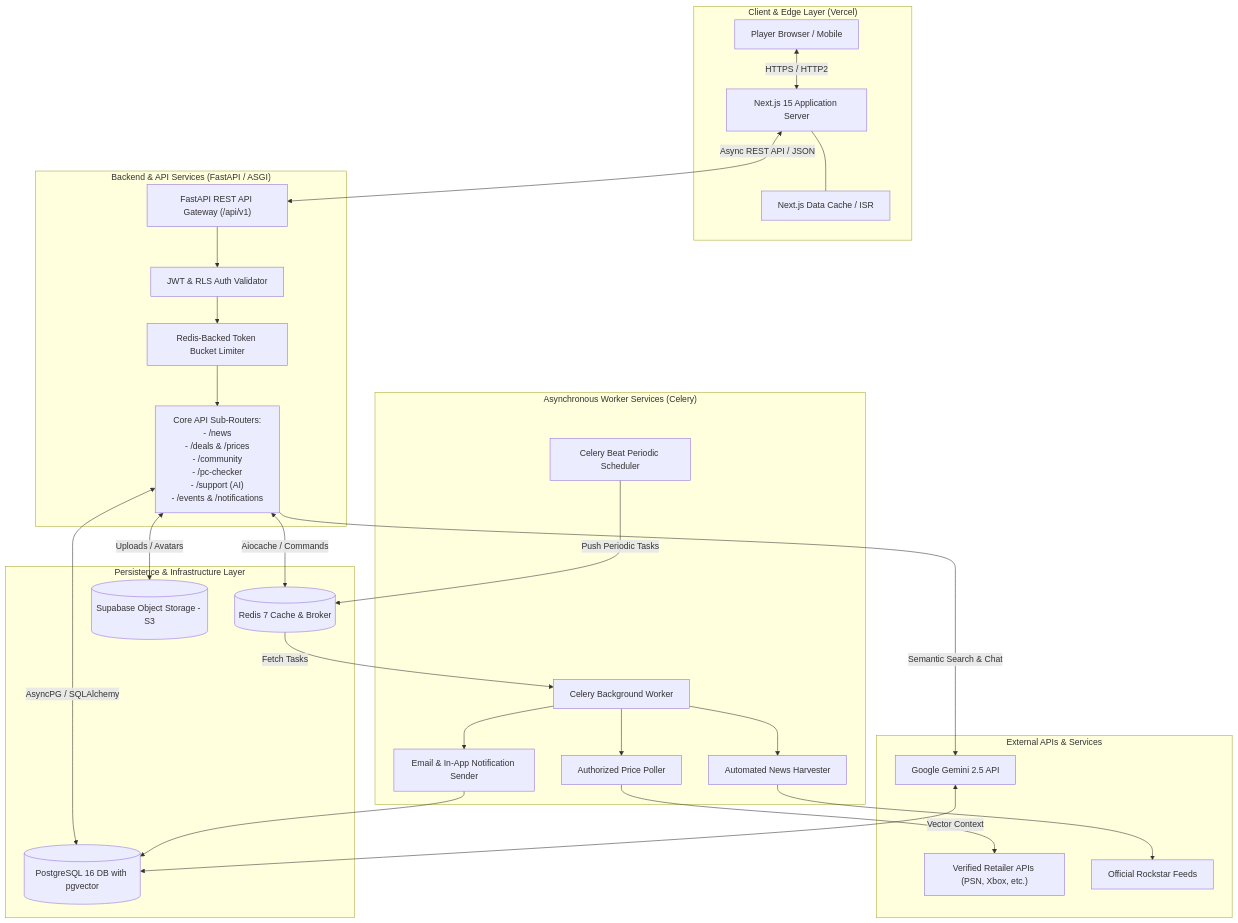
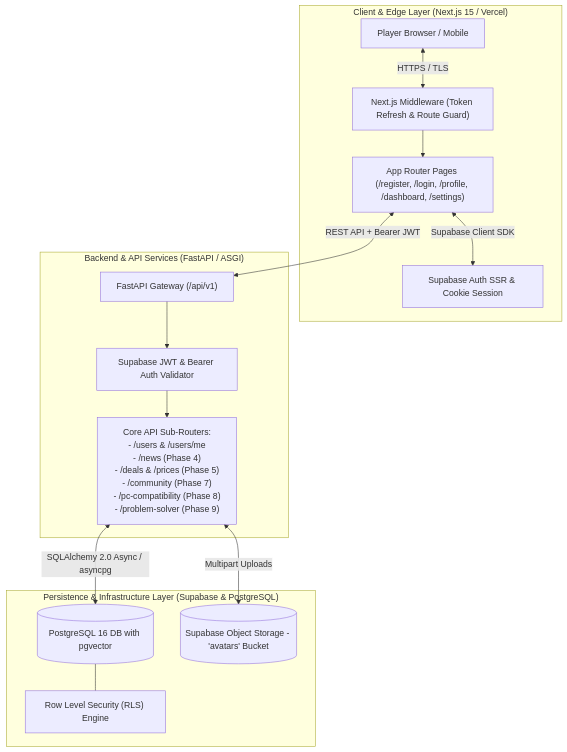
The first of 3 diagrams in ARCHITECTURE.md (PranavShelar17/GTA6-Players-Hub), drawn with Mermaid before and after one commit. The commit also changed other lines of this file and 46 other files, not shown here.

Commit message:
feat: complete Phase 2 database architecture and player authentication

````diff
--- a/ARCHITECTURE.md
+++ b/ARCHITECTURE.md
@@ -7,68 +7,39 @@
 ```mermaid
 flowchart TD
-    subgraph ClientLayer["Client & Edge Layer (Vercel)"]
+    subgraph ClientLayer["Client & Edge Layer (Next.js 15 / Vercel)"]
         UserBrowser["Player Browser / Mobile"]
-        NextJS["Next.js 15 Application Server"]
-        NextCache["Next.js Data Cache / ISR"]
+        NextAuth["Supabase Auth SSR & Cookie Session"]
+        NextMiddleware["Next.js Middleware (Token Refresh & Route Guard)"]
+        NextPages["App Router Pages (/register, /login, /profile, /dashboard, /settings)"]
     end
 
     subgraph APILayer["Backend & API Services (FastAPI / ASGI)"]
-        FastAPI["FastAPI REST API Gateway (/api/v1)"]
-        AuthMiddleware["JWT & RLS Auth Validator"]
-        RateLimiter["Redis-Backed Token Bucket Limiter"]
+        FastAPI["FastAPI Gateway (/api/v1)"]
+        JWTValidator["Supabase JWT & Bearer Auth Validator"]
         SubRouters["Core API Sub-Routers:
-        - /news
-        - /deals & /prices
-        - /community
-        - /pc-checker
-        - /support (AI)
-        - /events & /notifications"]
+        - /users & /users/me
+        - /news (Phase 4)
+        - /deals & /prices (Phase 5)
+        - /community (Phase 7)
+        - /pc-compatibility (Phase 8)
+        - /problem-solver (Phase 9)"]
     end
 
-    subgraph WorkerLayer["Asynchronous Worker Services (Celery)"]
-        CeleryWorker["Celery Background Worker"]
-        CeleryBeat["Celery Beat Periodic Scheduler"]
-        NewsCollector["Automated News Harvester"]
-        PriceTracker["Authorized Price Poller"]
-        AlertDispatcher["Email & In-App Notification Sender"]
-    end
-
-    subgraph DataLayer["Persistence & Infrastructure Layer"]
+    subgraph DataLayer["Persistence & Infrastructure Layer (Supabase & PostgreSQL)"]
         Postgres[(PostgreSQL 16 DB with pgvector)]
-        RedisCache[(Redis 7 Cache & Broker)]
-        SupabaseStorage[(Supabase Object Storage - S3)]
-    end
-
-    subgraph ExternalServices["External APIs & Services"]
-        GeminiAI["Google Gemini 2.5 API"]
-        StoreAPIs["Verified Retailer APIs (PSN, Xbox, etc.)"]
-        RockstarRSS["Official Rockstar Feeds"]
+        RLSEngine["Row Level Security (RLS) Engine"]
+        StorageEngine[(Supabase Object Storage - 'avatars' Bucket)]
     end
 
     %% Connections
-    UserBrowser <-->|HTTPS / HTTP2| NextJS
-    NextJS <-->|Async REST API / JSON| FastAPI
-    NextJS --- NextCache
-
-    FastAPI --> AuthMiddleware
-    AuthMiddleware --> RateLimiter
-    RateLimiter --> SubRouters
-
-    SubRouters <-->|AsyncPG / SQLAlchemy| Postgres
-    SubRouters <-->|Aiocache / Commands| RedisCache
-
-    CeleryBeat -->|Push Periodic Tasks| RedisCache
-    RedisCache -->|Fetch Tasks| CeleryWorker
-
-    CeleryWorker --> NewsCollector
-    CeleryWorker --> PriceTracker
-    CeleryWorker --> AlertDispatcher
-
-    NewsCollector --> RockstarRSS
-    PriceTracker --> StoreAPIs
-    AlertDispatcher --> Postgres
-
-    SubRouters -->|Semantic Search & Chat| GeminiAI
-    GeminiAI <-->|Vector Context| Postgres
-    SubRouters <-->|Uploads / Avatars| SupabaseStorage
+    UserBrowser <-->|HTTPS / TLS| NextMiddleware
+    NextMiddleware --> NextPages
+    NextPages <-->|Supabase Client SDK| NextAuth
+    NextPages <-->|REST API + Bearer JWT| FastAPI
+    
+    FastAPI --> JWTValidator
+    JWTValidator --> SubRouters
+    SubRouters <-->|SQLAlchemy 2.0 Async / asyncpg| Postgres
+    Postgres --- RLSEngine
+    SubRouters <-->|Multipart Uploads| StorageEngine
 ```
````
